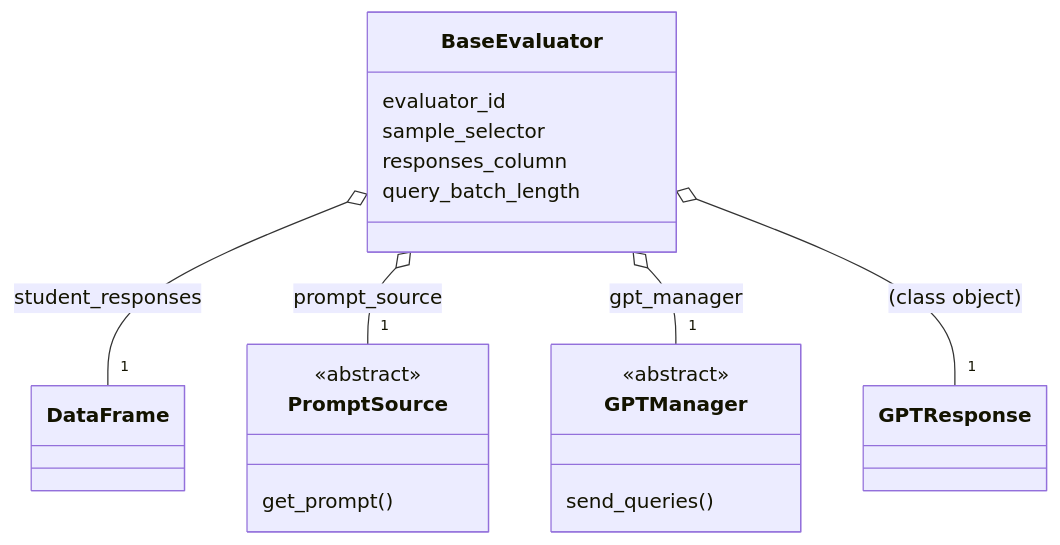
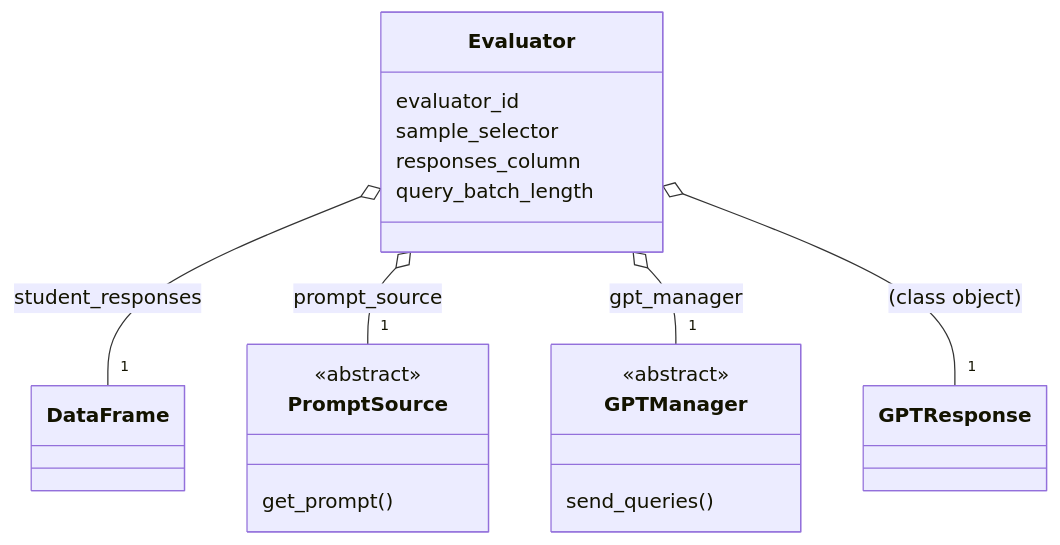
One commit to ulpgc-ai/evalia changed the second of 5 diagrams in class_architecture.md. Above: the diagram before and after it, drawn with Mermaid. The commit also changed other lines of this file and 14 other files, not shown here.

Commit message:
rename BaseEvaluator --> Evaluator

````diff
--- a/class_architecture.md
+++ b/class_architecture.md
@@ -49,23 +49,23 @@
 ```mermaid
 classDiagram
-    class BaseEvaluator {
+    class Evaluator {
         evaluator_id
         sample_selector
         responses_column
         query_batch_length
     }
     class PromptSource {
         <<abstract>>
         get_prompt()
     }
     class GPTManager {
         <<abstract>>
         send_queries()
     }
 
-    BaseEvaluator o-- "1" DataFrame: student_responses
-    BaseEvaluator o-- "1" PromptSource: prompt_source
-    BaseEvaluator o-- "1" GPTManager: gpt_manager
-    BaseEvaluator o-- "1" GPTResponse: (class object)
+    Evaluator o-- "1" DataFrame: student_responses
+    Evaluator o-- "1" PromptSource: prompt_source
+    Evaluator o-- "1" GPTManager: gpt_manager
+    Evaluator o-- "1" GPTResponse: (class object)
 
 ```
````
